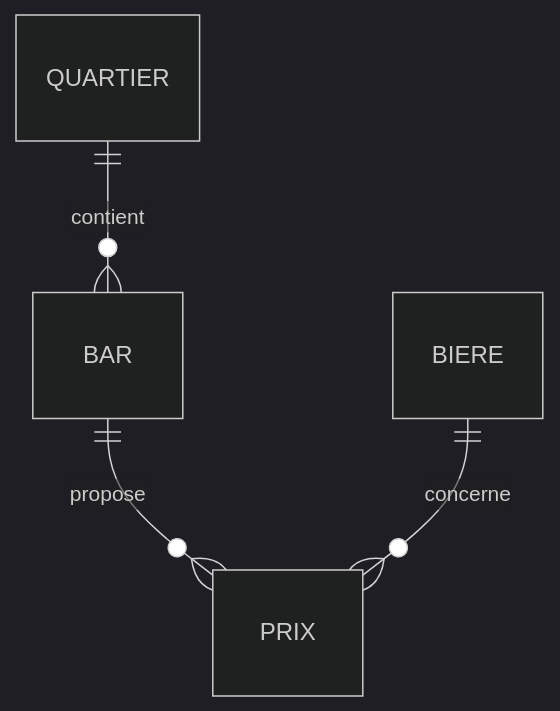
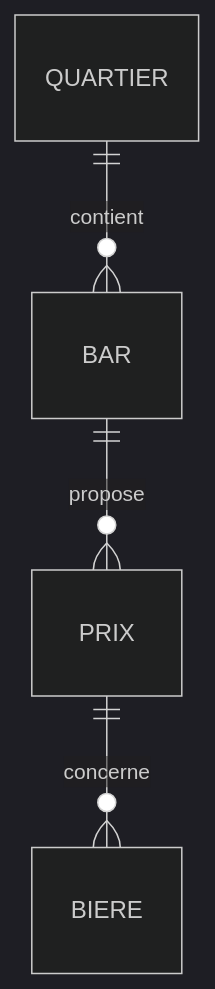
The diagram in projet/projet-bd-biere-dijon/description_fonctionnelle.md (IlaySelinn/coda-module-sql), drawn with Mermaid (dark theme) before and after one commit. The commit also changed other lines of this file, not shown here.

Commit message:
changed diagramme

````diff
--- a/projet/projet-bd-biere-dijon/description_fonctionnelle.md
+++ b/projet/projet-bd-biere-dijon/description_fonctionnelle.md
@@ -34,6 +34,6 @@
 ```mermaid
 erDiagram
     QUARTIER ||--o{ BAR : contient
     BAR ||--o{ PRIX : propose
-    BIERE ||--o{ PRIX : concerne
+    PRIX ||--o{ BIERE: concerne   
 ```
````
